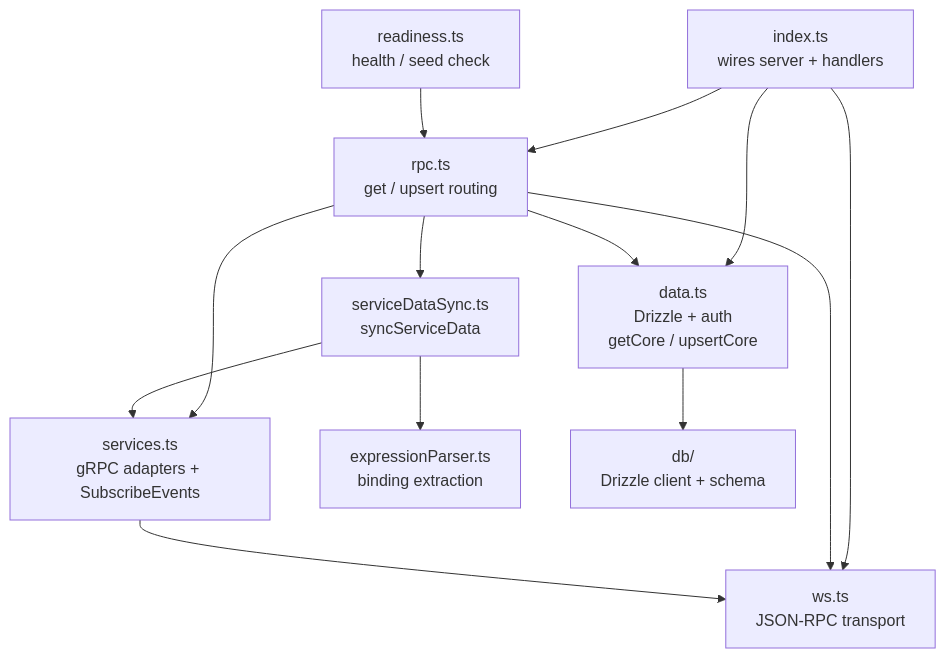
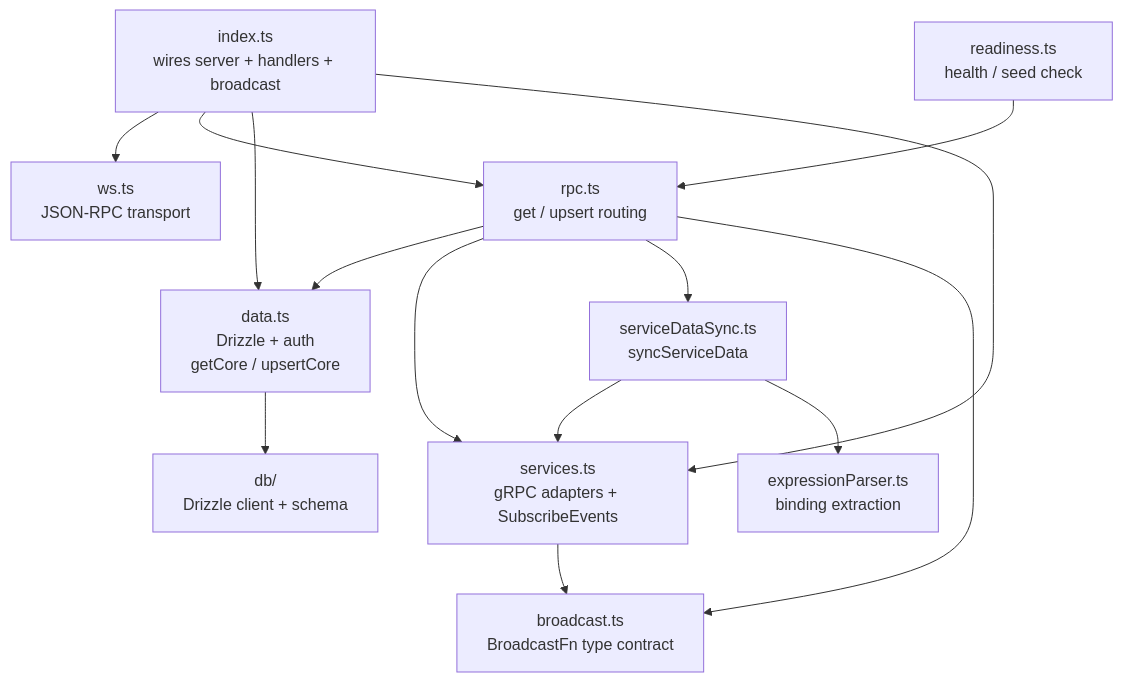
Before and after one commit to EVY-Platform/evy: the third of 3 diagrams in api/README.md, drawn with Mermaid. The commit also changed other lines of this file and 1 other file, not shown here.

Commit message:
Fix diagrams

````diff
--- a/api/README.md
+++ b/api/README.md
@@ -94,25 +96,27 @@
 ```mermaid
 flowchart TD
-    index[index.ts<br/>wires server + handlers]
+    index[index.ts<br/>wires server + handlers + broadcast]
     ws[ws.ts<br/>JSON-RPC transport]
+    broadcast[broadcast.ts<br/>BroadcastFn type contract]
     rpc[rpc.ts<br/>get / upsert routing]
     data[data.ts<br/>Drizzle + auth<br/>getCore / upsertCore]
     services[services.ts<br/>gRPC adapters + SubscribeEvents]
     serviceDataSync[serviceDataSync.ts<br/>syncServiceData]
     expressionParser[expressionParser.ts<br/>binding extraction]
     readiness[readiness.ts<br/>health / seed check]
     db[db/<br/>Drizzle client + schema]
 
     index --> ws
     index --> rpc
     index --> data
+    index --> services
     rpc --> data
     rpc --> services
     rpc --> serviceDataSync
-    rpc --> ws
+    rpc --> broadcast
     serviceDataSync --> services
     serviceDataSync --> expressionParser
-    services --> ws
+    services --> broadcast
     data --> db
     readiness --> rpc
 ```
````
